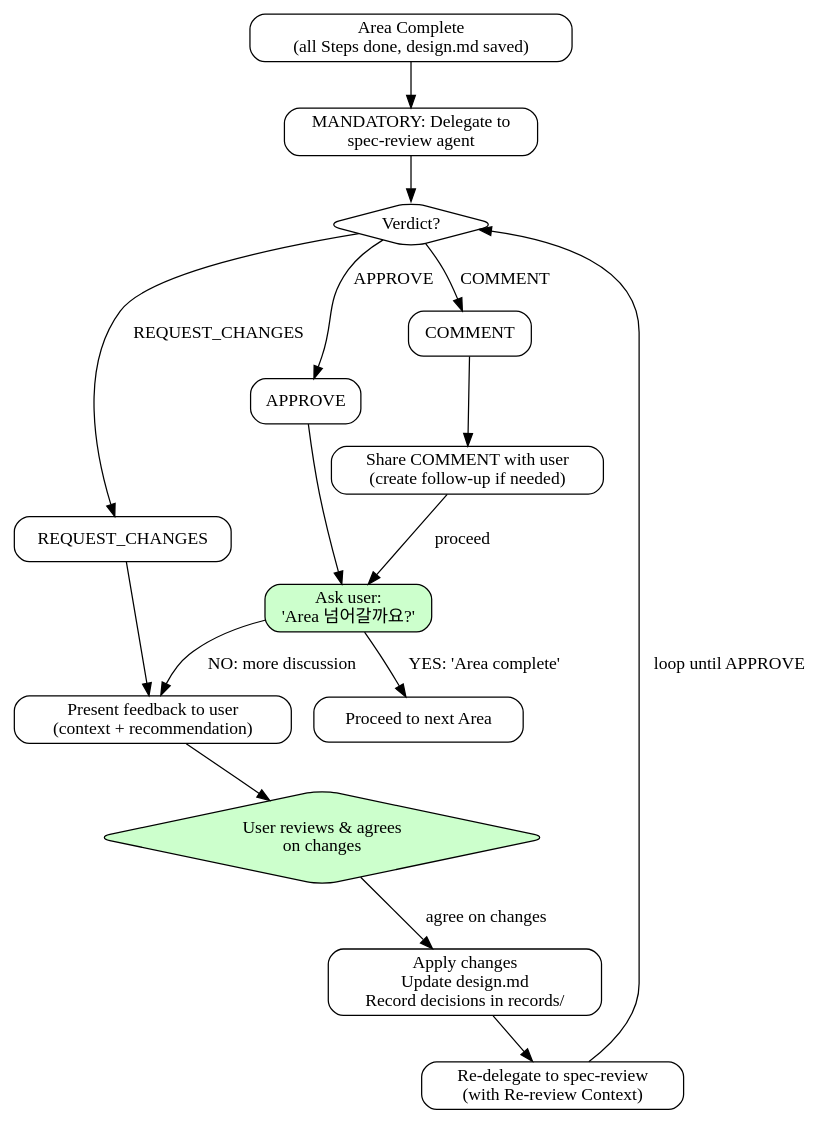
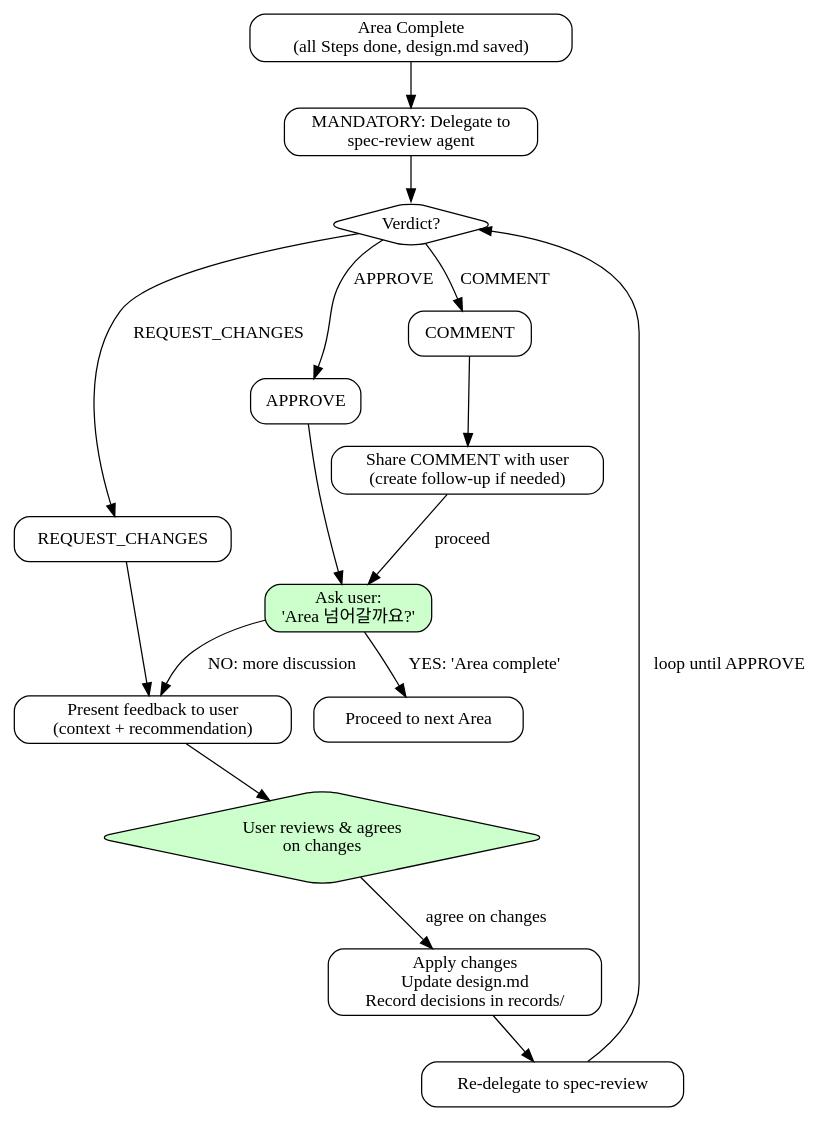
Before and after one commit to toongri/oh-my-toong-playground: the second of 3 diagrams in skills/spec/SKILL.md, drawn with Graphviz. The commit also changed other lines of this file and 1 other file, not shown here.

Commit message:
docs: sisyphus/spec 재리뷰 컨텍스트 제거

````diff
--- a/skills/spec/SKILL.md
+++ b/skills/spec/SKILL.md
@@ -560,42 +560,42 @@
 ```dot
 digraph feedback_loop {
     rankdir=TB;
     node [shape=box, style=rounded];
 
     complete_step [label="Area Complete\n(all Steps done, design.md saved)"];
     delegate [label="MANDATORY: Delegate to\nspec-review agent"];
     check_verdict [label="Verdict?", shape=diamond];
 
     approve [label="APPROVE"];
     ask_user [label="Ask user:\n'Area 넘어갈까요?'", style="rounded,filled", fillcolor="#ccffcc"];
     next_area [label="Proceed to next Area"];
 
     request_changes [label="REQUEST_CHANGES"];
     present_feedback [label="Present feedback to user\n(context + recommendation)"];
     user_consensus [label="User reviews & agrees\non changes", shape=diamond, style="rounded,filled", fillcolor="#ccffcc"];
     incorporate [label="Apply changes\nUpdate design.md\nRecord decisions in records/"];
-    re_delegate [label="Re-delegate to spec-review\n(with Re-review Context)"];
+    re_delegate [label="Re-delegate to spec-review"];
 
     comment [label="COMMENT"];
     share_comment [label="Share COMMENT with user\n(create follow-up if needed)"];
 
     complete_step -> delegate;
     delegate -> check_verdict;
 
     check_verdict -> approve [label="APPROVE"];
     approve -> ask_user;
     ask_user -> next_area [label="YES: 'Area complete'"];
     ask_user -> present_feedback [label="NO: more discussion"];
 
     check_verdict -> request_changes [label="REQUEST_CHANGES"];
     request_changes -> present_feedback;
     present_feedback -> user_consensus;
     user_consensus -> incorporate [label="agree on changes"];
     incorporate -> re_delegate;
     re_delegate -> check_verdict [label="loop until APPROVE"];
 
     check_verdict -> comment [label="COMMENT"];
     comment -> share_comment;
     share_comment -> ask_user [label="proceed"];
 }
 ```
````
